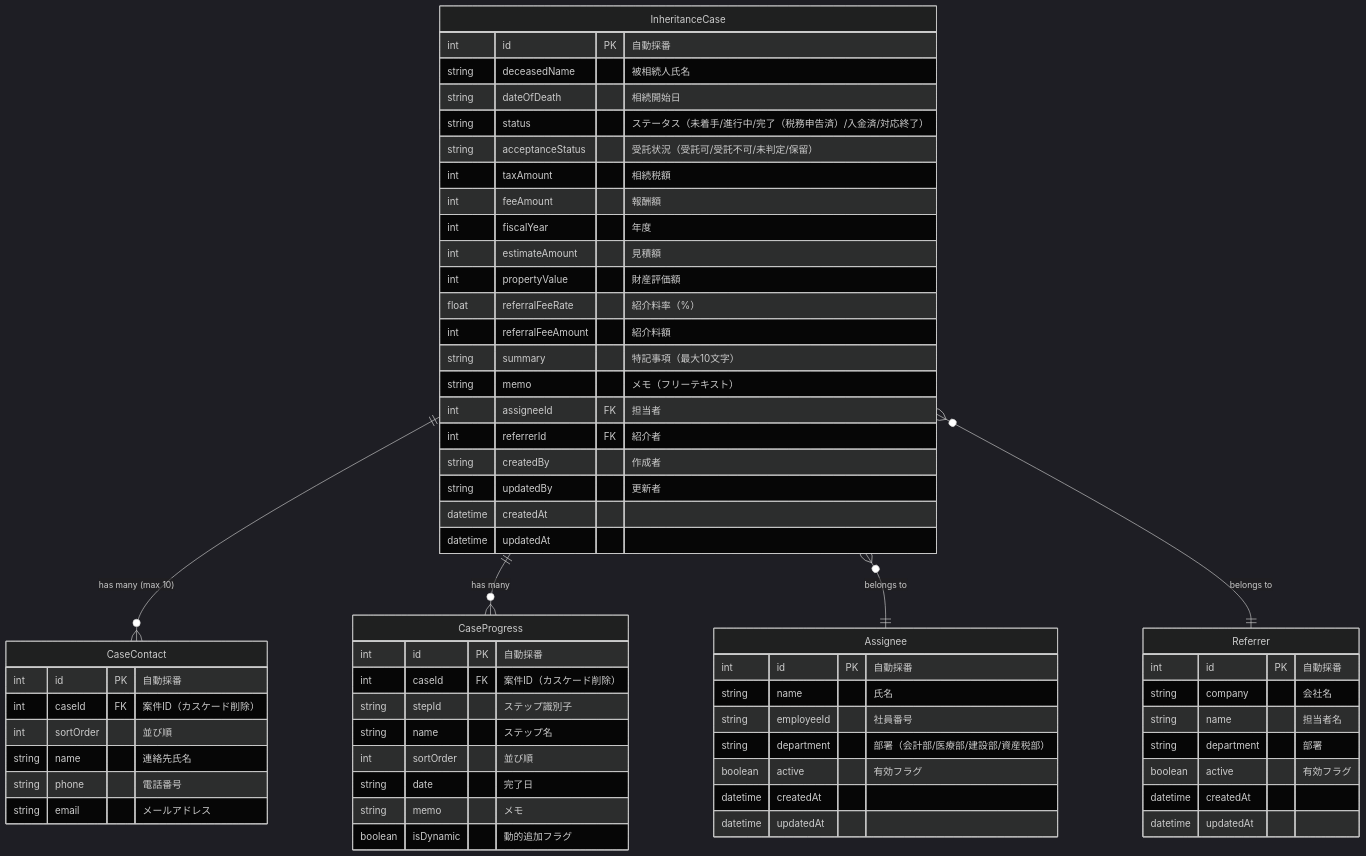
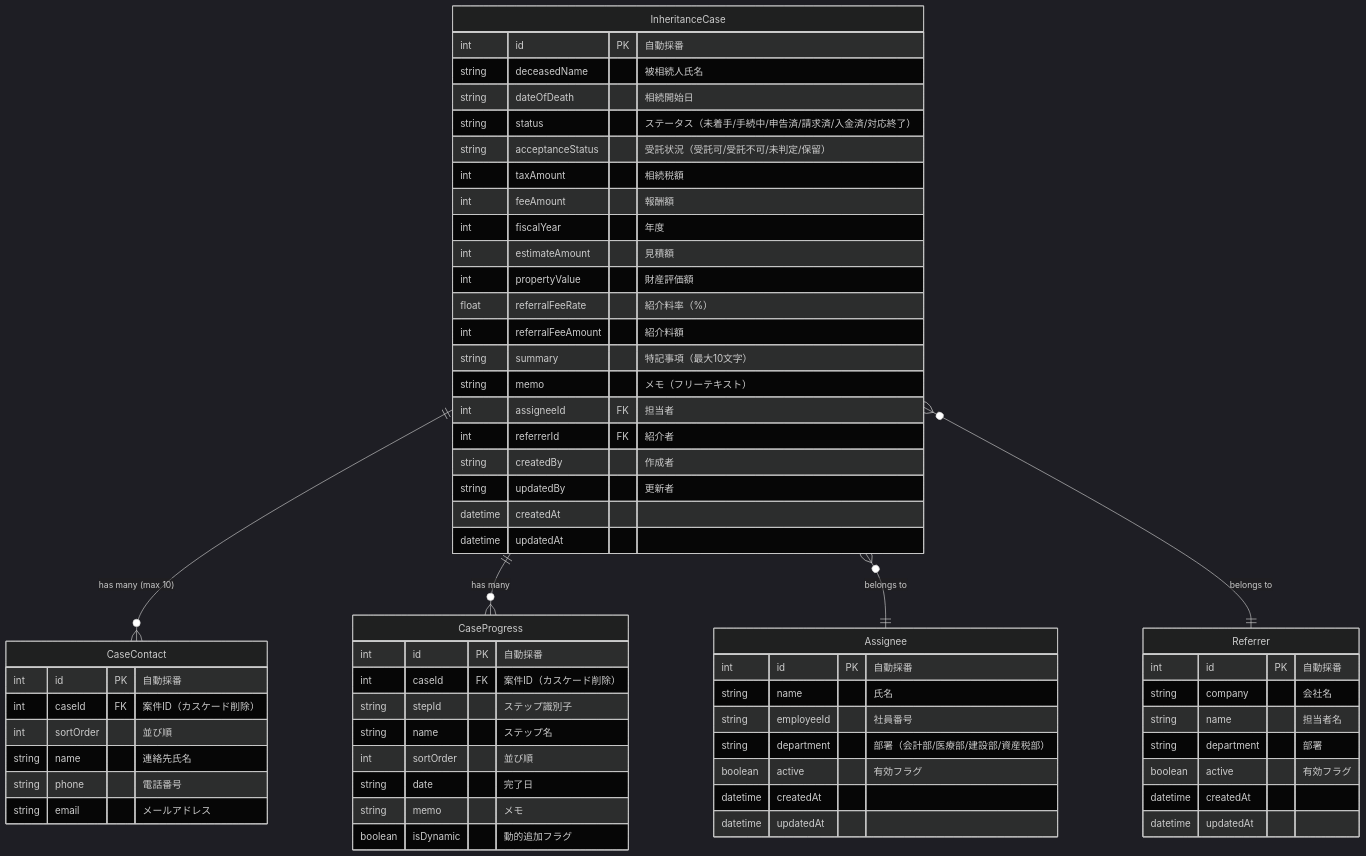
One commit to kojima1978/tax_apps changed the diagram in apps/inheritance-case-management/README.md. Above: the diagram before and after it, drawn with Mermaid (dark theme). The commit also changed other lines of this file and 23 other files, not shown here.

````diff
--- a/apps/inheritance-case-management/README.md
+++ b/apps/inheritance-case-management/README.md
@@ -269,70 +273,70 @@
 ```mermaid
 erDiagram
     InheritanceCase ||--o{ CaseContact : "has many (max 10)"
     InheritanceCase ||--o{ CaseProgress : "has many"
     InheritanceCase }o--|| Assignee : "belongs to"
     InheritanceCase }o--|| Referrer : "belongs to"
 
     InheritanceCase {
         int id PK "自動採番"
         string deceasedName "被相続人氏名"
         string dateOfDeath "相続開始日"
-        string status "ステータス（未着手/進行中/完了（税務申告済）/入金済/対応終了）"
+        string status "ステータス（未着手/手続中/申告済/請求済/入金済/対応終了）"
         string acceptanceStatus "受託状況（受託可/受託不可/未判定/保留）"
         int taxAmount "相続税額"
         int feeAmount "報酬額"
         int fiscalYear "年度"
         int estimateAmount "見積額"
         int propertyValue "財産評価額"
         float referralFeeRate "紹介料率（%）"
         int referralFeeAmount "紹介料額"
         string summary "特記事項（最大10文字）"
         string memo "メモ（フリーテキスト）"
         int assigneeId FK "担当者"
         int referrerId FK "紹介者"
         string createdBy "作成者"
         string updatedBy "更新者"
         datetime createdAt
         datetime updatedAt
     }
 
     Assignee {
         int id PK "自動採番"
         string name "氏名"
         string employeeId "社員番号"
         string department "部署（会計部/医療部/建設部/資産税部）"
         boolean active "有効フラグ"
         datetime createdAt
         datetime updatedAt
     }
 
     Referrer {
         int id PK "自動採番"
         string company "会社名"
         string name "担当者名"
         string department "部署"
         boolean active "有効フラグ"
         datetime createdAt
         datetime updatedAt
     }
 
     CaseContact {
         int id PK "自動採番"
         int caseId FK "案件ID（カスケード削除）"
         int sortOrder "並び順"
         string name "連絡先氏名"
         string phone "電話番号"
         string email "メールアドレス"
     }
 
     CaseProgress {
         int id PK "自動採番"
         int caseId FK "案件ID（カスケード削除）"
         string stepId "ステップ識別子"
         string name "ステップ名"
         int sortOrder "並び順"
         string date "完了日"
         string memo "メモ"
         boolean isDynamic "動的追加フラグ"
     }
 ```
````
